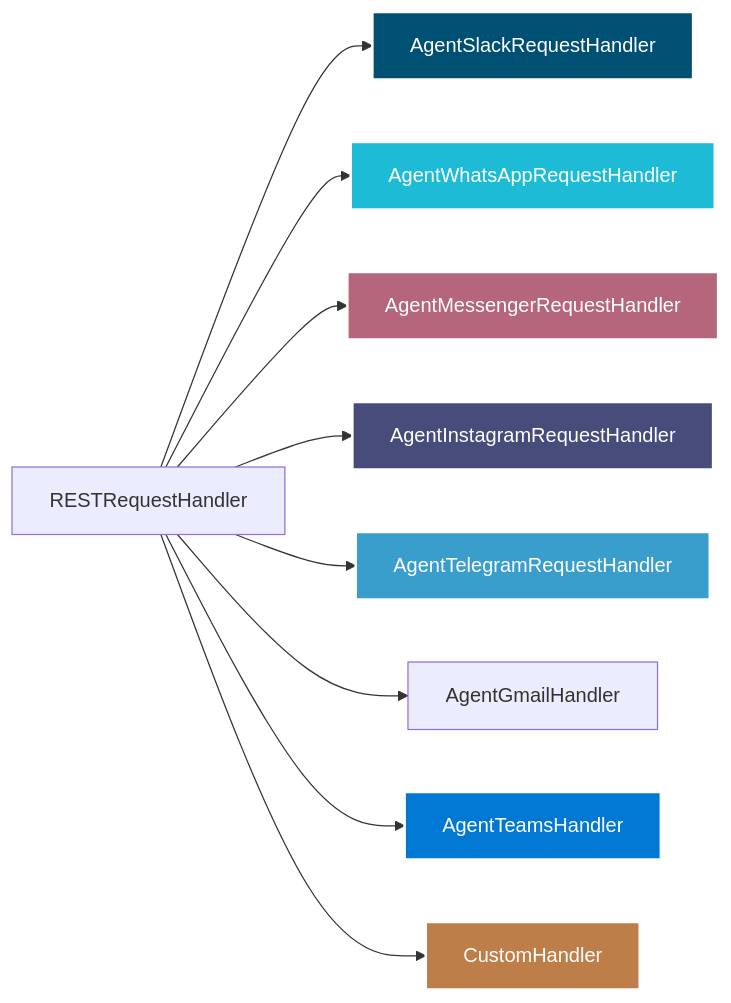
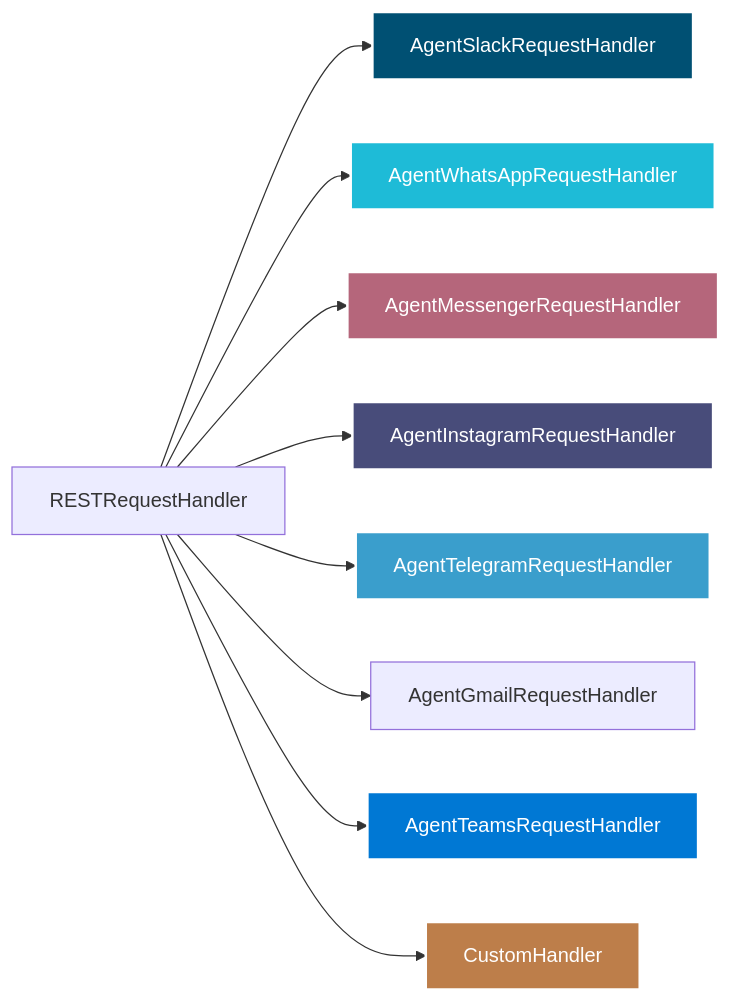
Before and after one commit to yaalalabs/agent-kernel: the second of 2 diagrams in docs/docs/integrations/overview.md, drawn with Mermaid. The commit also changed 28 other files, not shown here.

````diff
--- a/docs/docs/integrations/overview.md
+++ b/docs/docs/integrations/overview.md
@@ -52,18 +52,18 @@
 ```mermaid
 ---
 config:
   layout: dagre
   elk: true
 ---
 flowchart LR
     
-    D["RESTRequestHandler"] --> I["AgentSlackRequestHandler"] & J["AgentWhatsAppRequestHandler"] & K["AgentMessengerRequestHandler"] & M["AgentInstagramRequestHandler"] & O["AgentTelegramRequestHandler"] & P["AgentGmailHandler"] & T["AgentTeamsHandler"] & N["CustomHandler"]
+    D["RESTRequestHandler"] --> I["AgentSlackRequestHandler"] & J["AgentWhatsAppRequestHandler"] & K["AgentMessengerRequestHandler"] & M["AgentInstagramRequestHandler"] & O["AgentTelegramRequestHandler"] & P["AgentGmailRequestHandler"] & T["AgentTeamsRequestHandler"] & N["CustomHandler"]
 
     style I fill:#005073,stroke:#fff,stroke-width:2px,color:#fff
     style J fill:#1ebbd7,stroke:#fff,stroke-width:2px,color:#fff
     style K fill:#b5667b,stroke:#fff,stroke-width:2px,color:#fff
     style M fill:#484c7a,stroke:#fff,stroke-width:2px,color:#fff
     style O fill:#3a9ecc,stroke:#fff,stroke-width:2px,color:#fff
     style T fill:#0078D4,stroke:#fff,stroke-width:2px,color:#fff
     style N fill:#bd7e4a,stroke:#fff,stroke-width:2px,color:#fff
 ```
````
